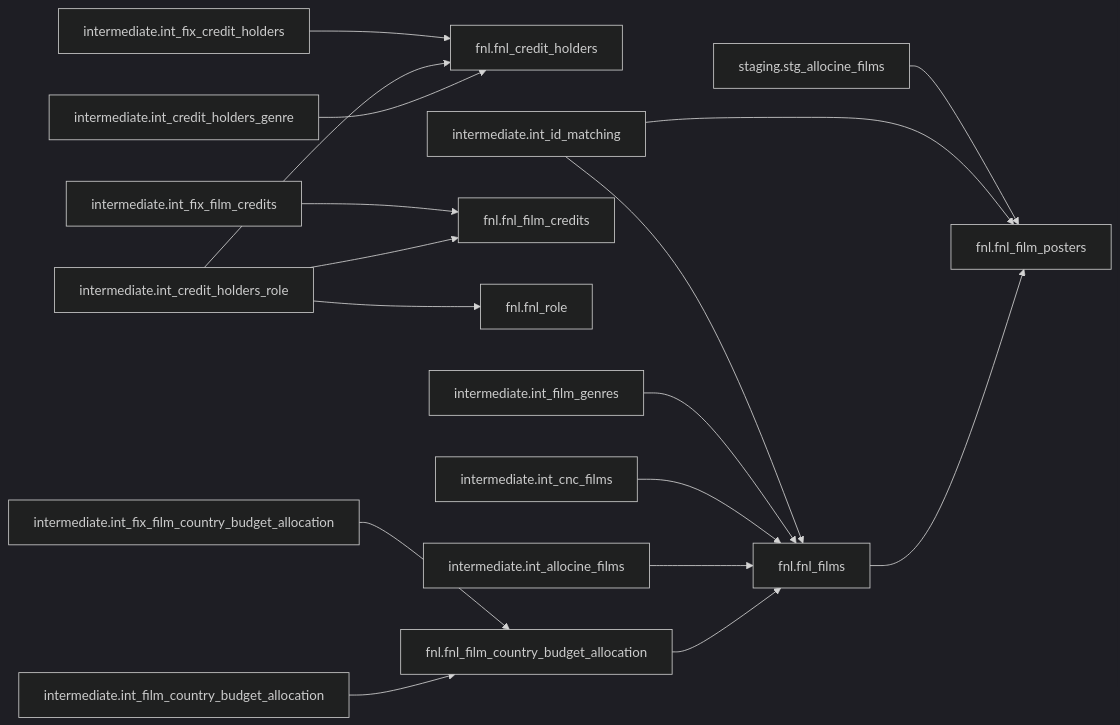
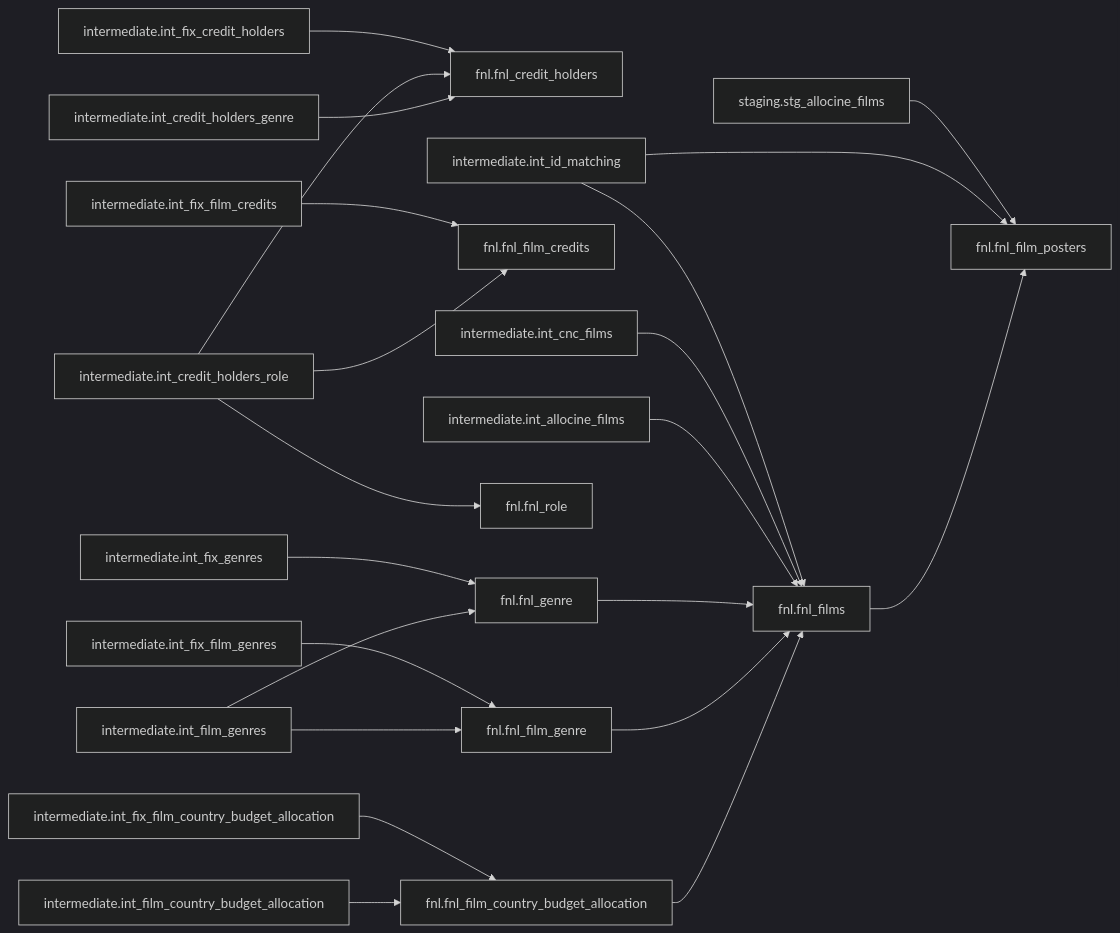
The second of 5 diagrams in docs/dbt-lineage.md (Le-Collectif-50-50/cinestats-5050), drawn with Mermaid (dark theme) before and after one commit. The commit also changed other lines of this file, not shown here.

````diff
--- a/docs/dbt-lineage.md
+++ b/docs/dbt-lineage.md
@@ -170,36 +185,45 @@
 ```mermaid
 flowchart LR
   n3["fnl.fnl_credit_holders"]
   n4["fnl.fnl_film_country_budget_allocation"]
   n5["fnl.fnl_film_credits"]
-  n6["fnl.fnl_film_posters"]
-  n7["fnl.fnl_films"]
-  n8["fnl.fnl_role"]
-  n9["intermediate.int_allocine_films"]
-  n10["intermediate.int_cnc_films"]
-  n11["intermediate.int_credit_holders_genre"]
-  n12["intermediate.int_credit_holders_role"]
-  n13["intermediate.int_film_country_budget_allocation"]
-  n14["intermediate.int_film_genres"]
-  n17["intermediate.int_fix_credit_holders"]
-  n20["intermediate.int_fix_film_country_budget_allocation"]
-  n21["intermediate.int_fix_film_credits"]
-  n23["intermediate.int_id_matching"]
-  n26["staging.stg_allocine_films"]
-  n4 --> n7
-  n7 --> n6
-  n9 --> n7
-  n10 --> n7
-  n11 --> n3
-  n12 --> n3
-  n12 --> n5
+  n6["fnl.fnl_film_genre"]
+  n7["fnl.fnl_film_posters"]
+  n8["fnl.fnl_films"]
+  n9["fnl.fnl_genre"]
+  n10["fnl.fnl_role"]
+  n11["intermediate.int_allocine_films"]
+  n12["intermediate.int_cnc_films"]
+  n13["intermediate.int_credit_holders_genre"]
+  n14["intermediate.int_credit_holders_role"]
+  n15["intermediate.int_film_country_budget_allocation"]
+  n16["intermediate.int_film_genres"]
+  n19["intermediate.int_fix_credit_holders"]
+  n22["intermediate.int_fix_film_country_budget_allocation"]
+  n23["intermediate.int_fix_film_credits"]
+  n24["intermediate.int_fix_film_genres"]
+  n25["intermediate.int_fix_genres"]
+  n27["intermediate.int_id_matching"]
+  n30["staging.stg_allocine_films"]
+  n4 --> n8
+  n6 --> n8
+  n8 --> n7
+  n9 --> n8
+  n11 --> n8
   n12 --> n8
-  n13 --> n4
-  n14 --> n7
-  n17 --> n3
-  n20 --> n4
-  n21 --> n5
-  n23 --> n6
-  n23 --> n7
-  n26 --> n6
+  n13 --> n3
+  n14 --> n3
+  n14 --> n5
+  n14 --> n10
+  n15 --> n4
+  n16 --> n6
+  n16 --> n9
+  n19 --> n3
+  n22 --> n4
+  n23 --> n5
+  n24 --> n6
+  n25 --> n9
+  n27 --> n7
+  n27 --> n8
+  n30 --> n7
 ```
````
